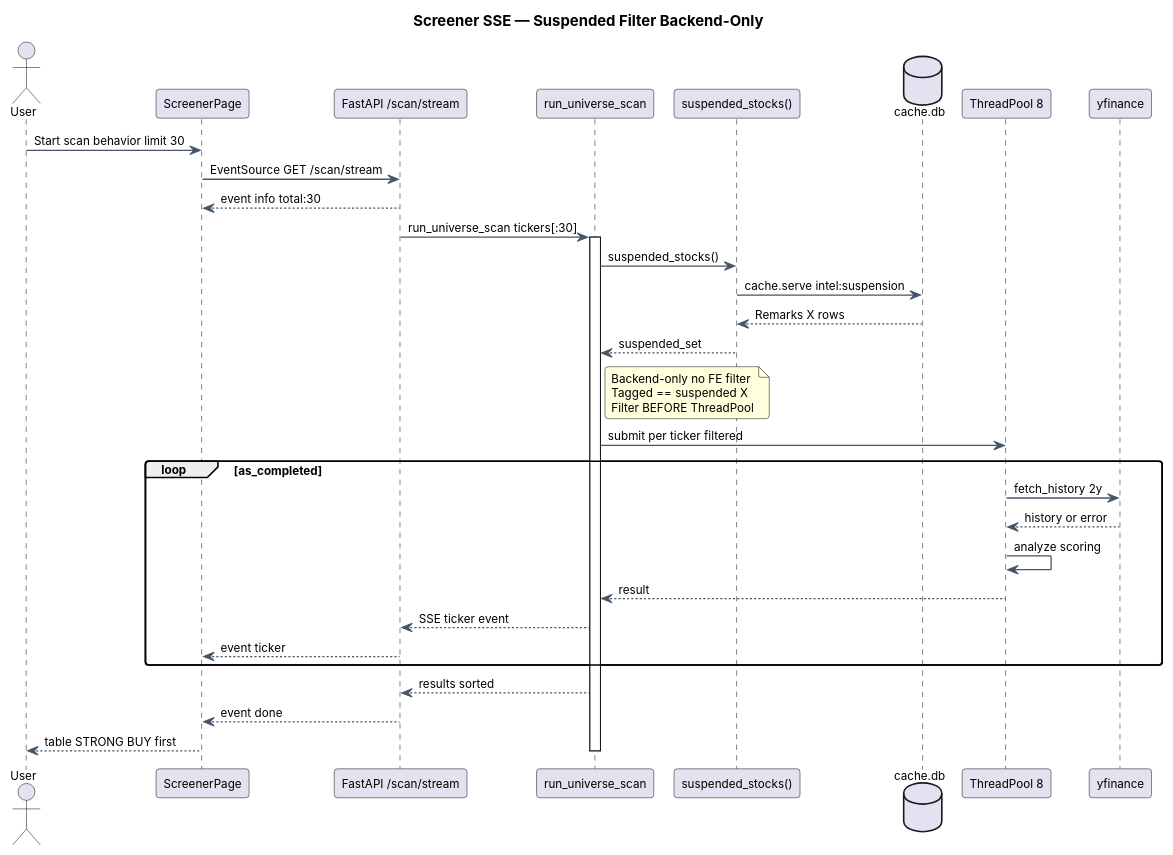
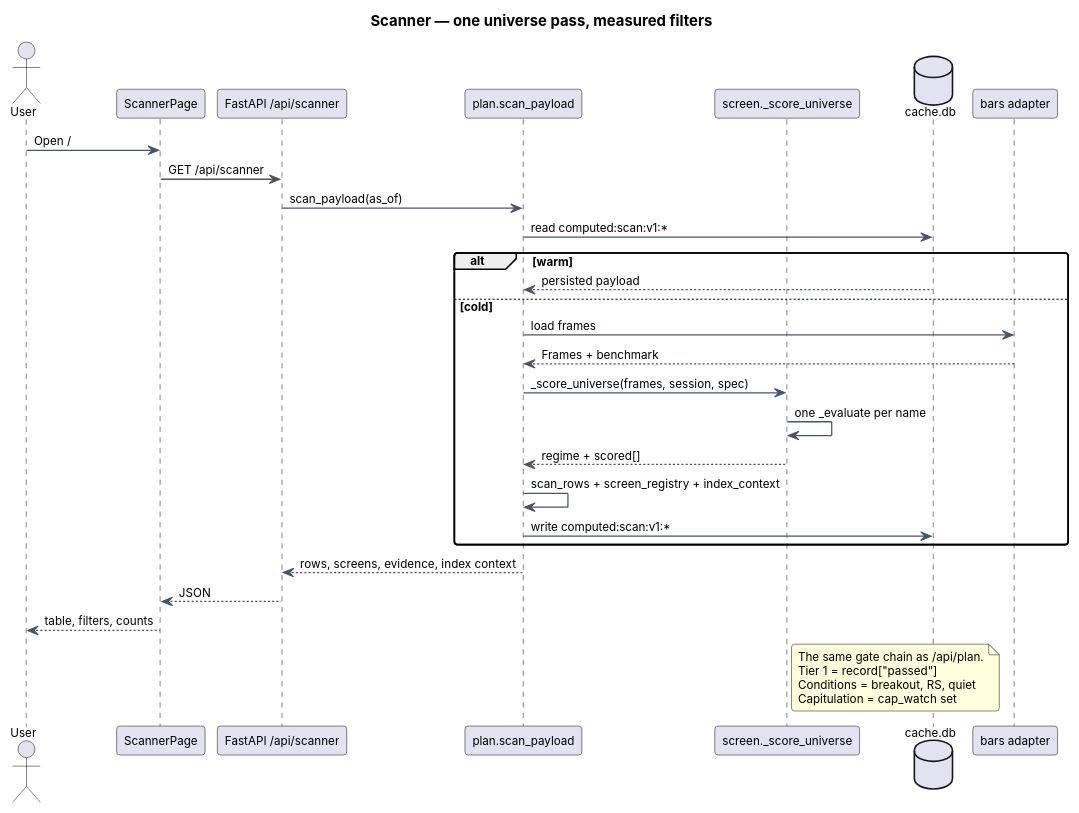
The diagram in docs/architecture/05-sequence-screener.puml (mariobgsp/trading-suite), drawn with PlantUML before and after one commit. The commit also changed 14 other files, not shown here.

First line of the commit message:
Replace the ranked screen with a validated stock scanner

```diff
--- a/docs/architecture/05-sequence-screener.puml
+++ b/docs/architecture/05-sequence-screener.puml
@@ -1,48 +1,45 @@
 @startuml 05-sequence-screener
 skinparam backgroundColor white
 skinparam defaultFontName Inter, Helvetica, Arial
 skinparam defaultFontSize 11
 skinparam Shadowing false
 skinparam RoundCorner 6
 skinparam ArrowColor #475569
 skinparam ArrowThickness 1.2
 
-title Screener SSE — Suspended Filter Backend-Only
+title Scanner — one universe pass, measured filters
 
 actor User
-participant "ScreenerPage" as FE
-participant "FastAPI /scan/stream" as API
-participant "run_universe_scan" as Scan
-participant "suspended_stocks()" as Susp
+participant "ScannerPage" as FE
+participant "FastAPI /api/scanner" as API
+participant "plan.scan_payload" as Payload
+participant "screen._score_universe" as Screen
 database "cache.db" as Cache
-participant "ThreadPool 8" as Pool
-participant "yfinance" as YF
+participant "bars adapter" as Bars
 
-User -> FE : Start scan behavior limit 30
-FE -> API : EventSource GET /scan/stream
-API --> FE : event info total:30
-API -> Scan : run_universe_scan tickers[:30]
-activate Scan
-Scan -> Susp : suspended_stocks()
-Susp -> Cache : cache.serve intel:suspension
-Cache --> Susp : Remarks X rows
-Susp --> Scan : suspended_set
-note right of Scan
- Backend-only no FE filter
- Tagged == suspended X
- Filter BEFORE ThreadPool
+User -> FE : Open /
+FE -> API : GET /api/scanner
+API -> Payload : scan_payload(as_of)
+Payload -> Cache : read computed:scan:v1:*
+alt warm
+  Cache --> Payload : persisted payload
+else cold
+  Payload -> Bars : load frames
+  Bars --> Payload : Frames + benchmark
+  Payload -> Screen : _score_universe(frames, session, spec)
+  Screen -> Screen : one _evaluate per name
+  Screen --> Payload : regime + scored[]
+  Payload -> Payload : scan_rows + screen_registry + index_context
+  Payload -> Cache : write computed:scan:v1:*
+end
+Payload --> API : rows, screens, evidence, index context
+API --> FE : JSON
+FE --> User : table, filters, counts
+
+note right of Screen
+ The same gate chain as /api/plan.
+ Tier 1 = record["passed"]
+ Conditions = breakout, RS, quiet
+ Capitulation = cap_watch set
 end note
-Scan -> Pool : submit per ticker filtered
-loop as_completed
-  Pool -> YF : fetch_history 2y
-  YF --> Pool : history or error
-  Pool -> Pool : analyze scoring
-  Pool --> Scan : result
-  Scan --> API : SSE ticker event
-  API --> FE : event ticker
-end
-Scan --> API : results sorted
-API --> FE : event done
-FE --> User : table STRONG BUY first
-deactivate Scan
 @enduml
```
